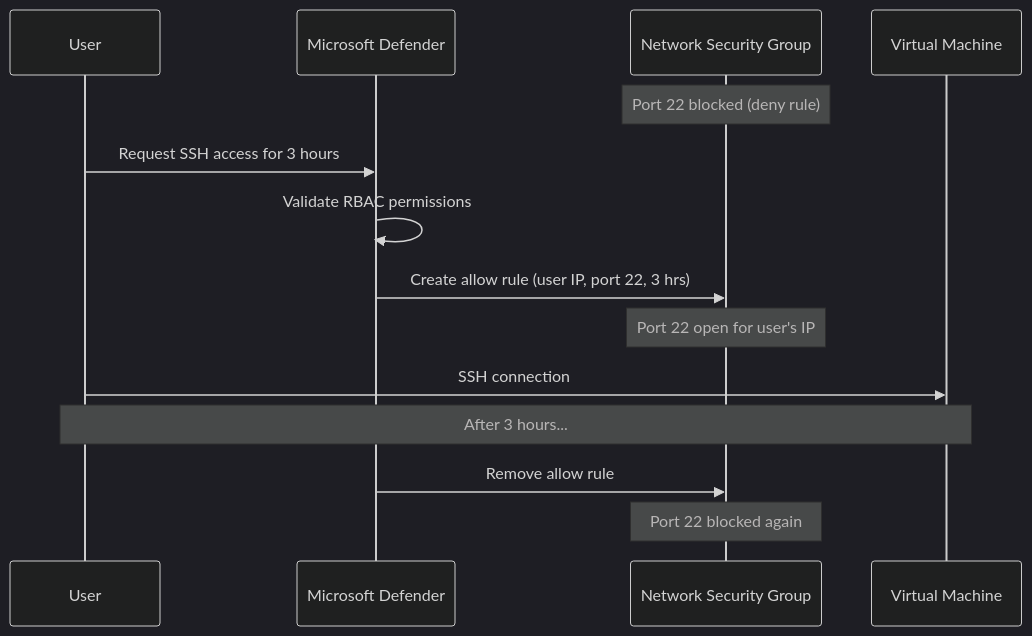
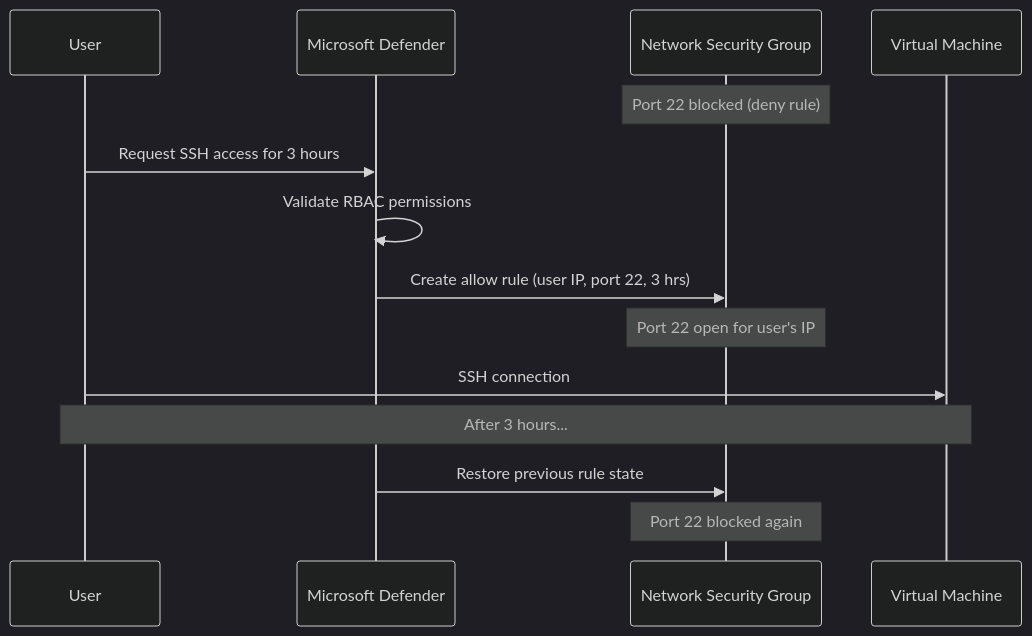
The diagram in posts/2026-02-16-how-to-enable-just-in-time-vm-access-in-azure-security-center/README.md (OneUptime/blog), drawn with Mermaid (dark theme) before and after one commit. The commit also changed other lines of this file and 2 other files, not shown here.

````diff
--- a/posts/2026-02-16-how-to-enable-just-in-time-vm-access-in-azure-security-center/README.md
+++ b/posts/2026-02-16-how-to-enable-just-in-time-vm-access-in-azure-security-center/README.md
@@ -24,17 +24,17 @@
 ```mermaid
 sequenceDiagram
     participant User
     participant Defender as Microsoft Defender
     participant NSG as Network Security Group
     participant VM as Virtual Machine
 
     Note over NSG: Port 22 blocked (deny rule)
     User->>Defender: Request SSH access for 3 hours
     Defender->>Defender: Validate RBAC permissions
     Defender->>NSG: Create allow rule (user IP, port 22, 3 hrs)
     Note over NSG: Port 22 open for user's IP
     User->>VM: SSH connection
     Note over User,VM: After 3 hours...
-    Defender->>NSG: Remove allow rule
+    Defender->>NSG: Restore previous rule state
     Note over NSG: Port 22 blocked again
 ```
````
